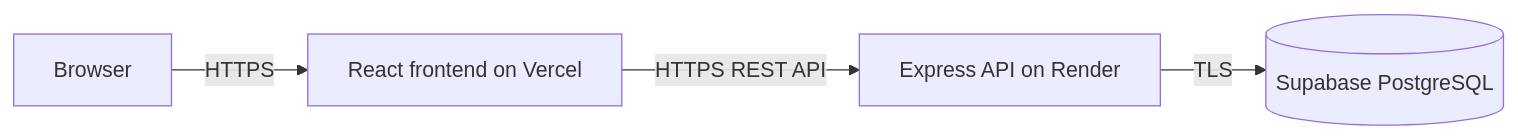
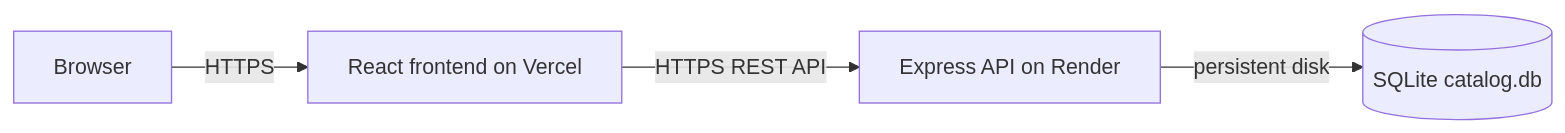
The diagram in docs/deployment.md (Chinthasaiganesh/Vaishnavi-Silk-Emporium), drawn with Mermaid before and after one commit. The commit also changed other lines of this file and 26 other files, not shown here.

````diff
--- a/docs/deployment.md
+++ b/docs/deployment.md
@@ -5,6 +5,6 @@
 ```mermaid
 flowchart LR
   Browser -->|HTTPS| Vercel[React frontend on Vercel]
   Vercel -->|HTTPS REST API| Render[Express API on Render]
-  Render -->|TLS| Supabase[(Supabase PostgreSQL)]
+  Render -->|persistent disk| SQLite[(SQLite catalog.db)]
 ```
````
